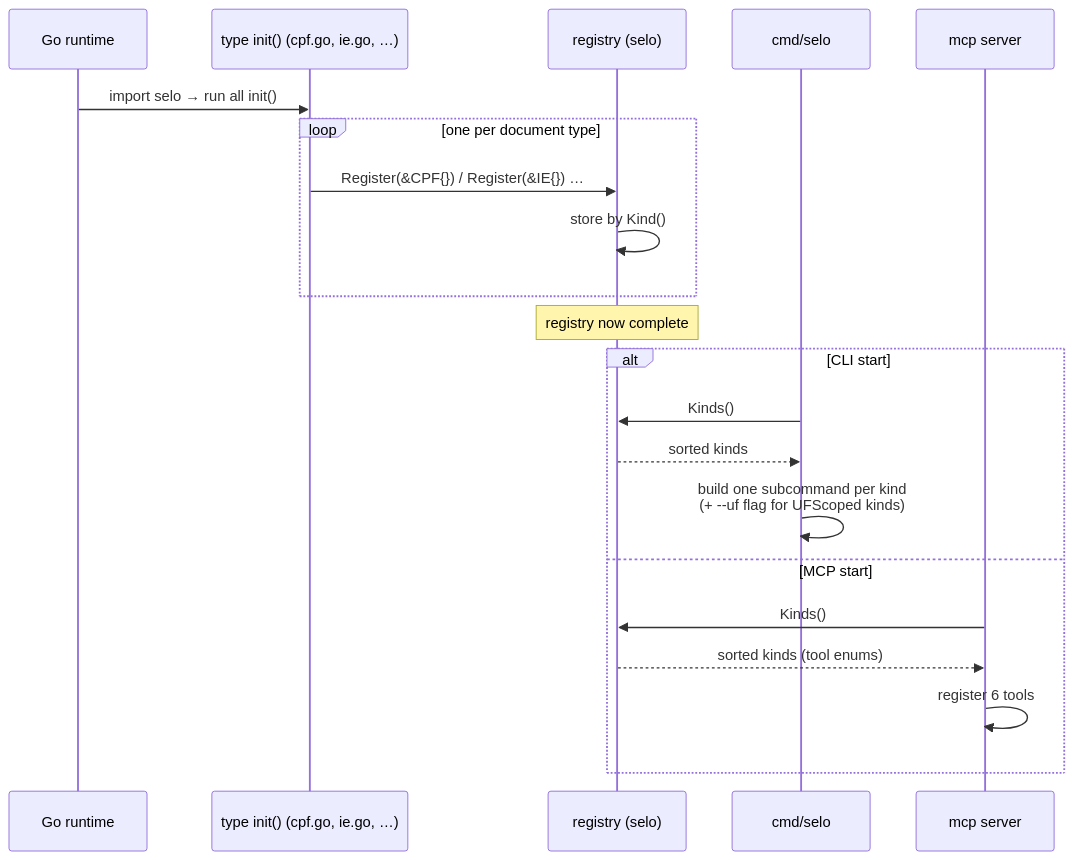
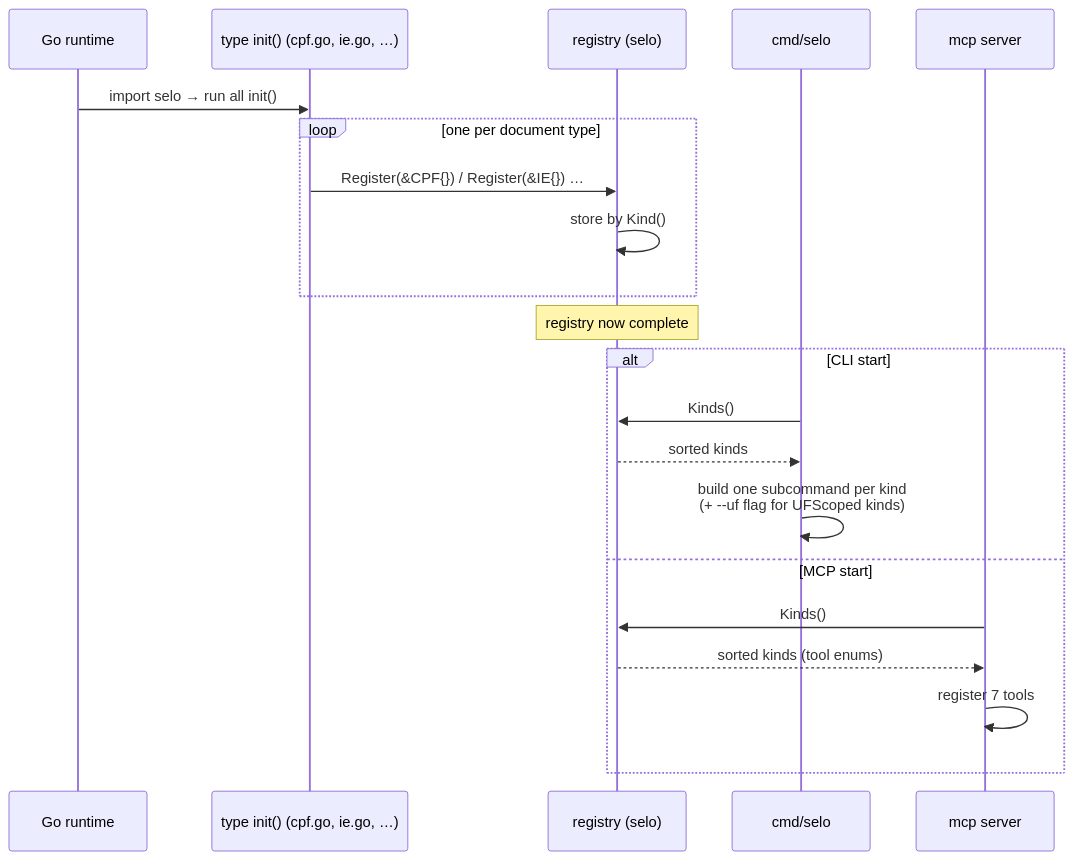
Before and after one commit to inovacc/selo: the second of 6 diagrams in docs/ARCHITECTURE.md, drawn with Mermaid. The commit also changed other lines of this file and 10 other files, not shown here.

````diff
--- a/docs/ARCHITECTURE.md
+++ b/docs/ARCHITECTURE.md
@@ -45,25 +50,25 @@
 ```mermaid
 sequenceDiagram
     participant Go as Go runtime
     participant Type as type init() (cpf.go, ie.go, …)
     participant Reg as registry (selo)
     participant CLI as cmd/selo
     participant MCP as mcp server
 
     Go->>Type: import selo → run all init()
     loop one per document type
         Type->>Reg: Register(&CPF{}) / Register(&IE{}) …
         Reg->>Reg: store by Kind()
     end
     Note over Reg: registry now complete
 
     alt CLI start
         CLI->>Reg: Kinds()
         Reg-->>CLI: sorted kinds
         CLI->>CLI: build one subcommand per kind<br/>(+ --uf flag for UFScoped kinds)
     else MCP start
         MCP->>Reg: Kinds()
         Reg-->>MCP: sorted kinds (tool enums)
-        MCP->>MCP: register 6 tools
+        MCP->>MCP: register 7 tools
     end
 ```
````
